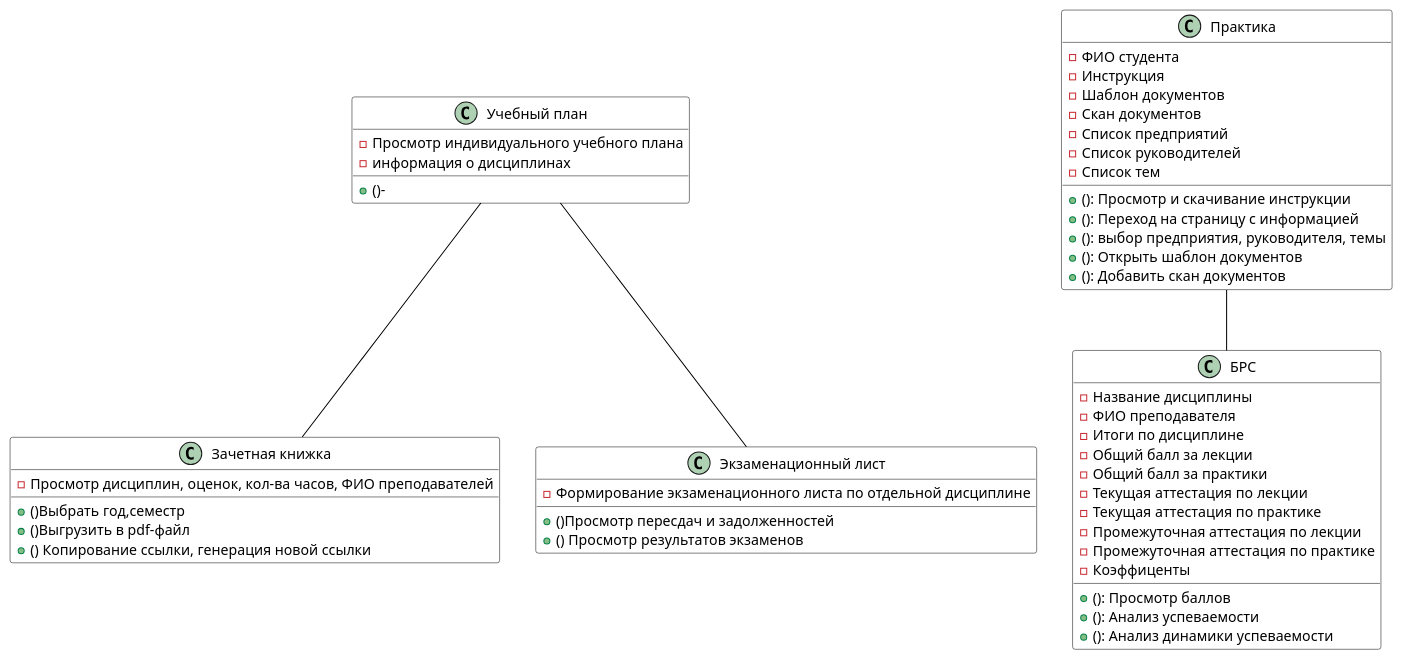
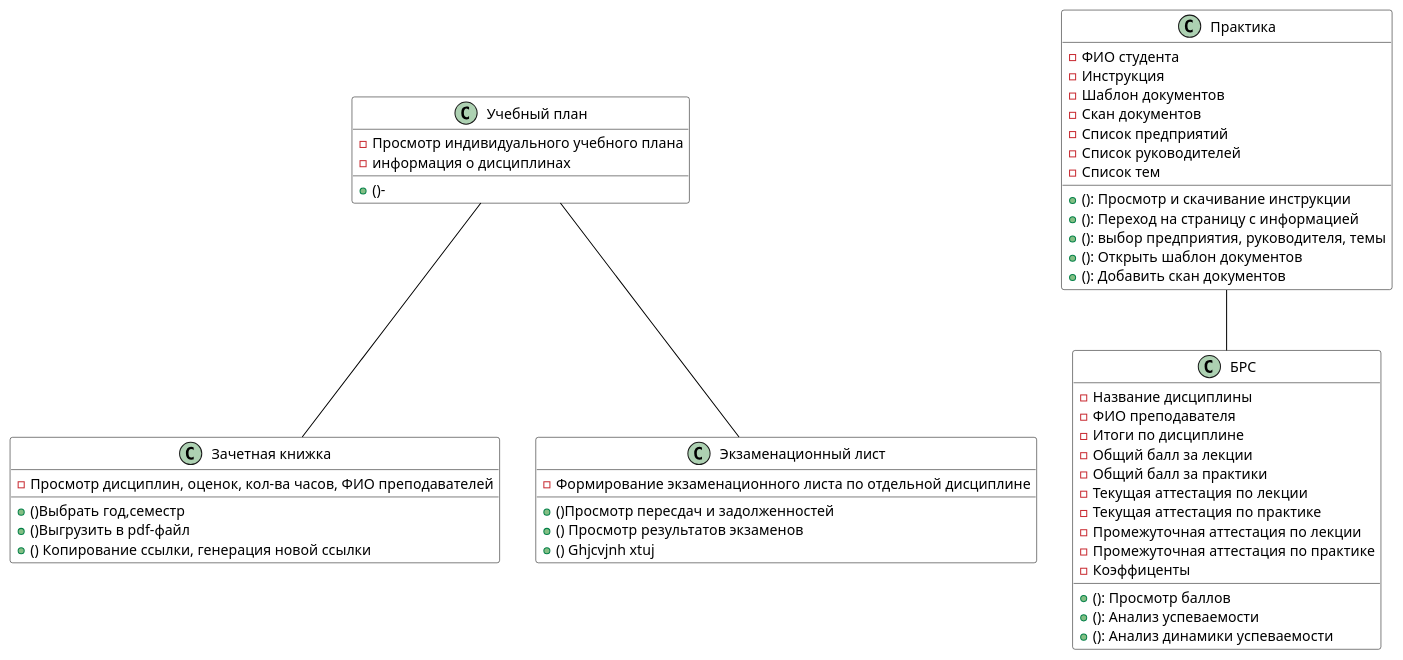
The diagram in test2.puml (AEKCOOL1905/first_repo), drawn with PlantUML before and after one commit.

Commit message:
Попытка1

```diff
--- a/test2.puml
+++ b/test2.puml
@@ -1,136 +1,137 @@
 @startuml
 
 ' Настройка стиля для прямоугольника
 skinparam class {
     BackgroundColor #FFF
     BorderColor #000
     ArrowColor #000
     FontName Arial
 }
 
 ' Класс с атрибутами и методами
 
 class "Учебный план" as учебныйплан {
   ' Атрибуты (поля класса)
   - Просмотр индивидуального учебного плана
   - информация о дисциплинах
  
 
  ' Методы (функции класса)
 
   + ()-
 
 }
 
 ' Можно добавить связь с другим классом (опционально)
 ' class AnotherClass
 ' MyClass --> AnotherClass : "использует"
 учебныйплан--Зачетнаякнижка
 
 
 
 ' Настройка стиля для прямоугольника
 skinparam class {
     BackgroundColor #FFF
     BorderColor #000
     ArrowColor #000
     FontName Arial
 }
 
 ' Класс с атрибутами и методами
 
 class "Зачетная книжка" as Зачетнаякнижка {
   ' Атрибуты (поля класса)
   - Просмотр дисциплин, оценок, кол-ва часов, ФИО преподавателей
 
   ' Методы (функции класса)
   +()Выбрать год,семестр
   +()Выгрузить в pdf-файл
   +() Копирование ссылки, генерация новой ссылки
 }
 
 ' Можно добавить связь с другим классом (опционально)
 ' class AnotherClass
 ' MyClass --> AnotherClass : "использует"
 ' Можно добавить связь с другим классом (опционально)
 ' class AnotherClass
 ' MyClass --> AnotherClass : "использует"
 учебныйплан--Экзаменационныйлист
 
 ' Настройка стиля для прямоугольника
 skinparam class {
     BackgroundColor #FFF
     BorderColor #000
     ArrowColor #000
     FontName Arial
 }
 
 ' Класс с атрибутами и методами
 class "Экзаменационный лист" as Экзаменационныйлист {
   ' Атрибуты (поля класса)
   -  Формирование экзаменационного листа по отдельной дисциплине
  
   ' Методы (функции класса)
   + ()Просмотр пересдач и задолженностей 
   + () Просмотр результатов экзаменов
+  + () Ghjcvjnh xtuj
 
 }
 
 ' Можно добавить связь с другим классом (опционально)
 ' class AnotherClass
 ' MyClass --> AnotherClass : "использует"g
 
 ' Класс с атрибутами и методами
 class "Практика" as Практика {
   ' Атрибуты (поля класса)
   - ФИО студента
   - Инструкция
   - Шаблон документов
   - Скан документов
   - Список предприятий
   - Список руководителей
   - Список тем
   ' Методы (функции класса)
   + (): Просмотр и скачивание инструкции
   + (): Переход на страницу с информацией
   + (): выбор предприятия, руководителя, темы
   + (): Открыть шаблон документов
   + (): Добавить скан документов
 }
 
 ' Можно добавить связь с другим классом (опционально)
 ' class AnotherClass
 ' MyClass --> AnotherClass : "использует"
 Практика--БРС
 
 ' Настройка стиля для прямоугольника
 skinparam class {
     BackgroundColor #FFF
     BorderColor #000
     ArrowColor #000
     FontName Arial
 }
 
 ' Класс с атрибутами и методами
 class "БРС" as БРС {
   ' Атрибуты (поля класса)
   - Название дисциплины
   - ФИО преподавателя
   - Итоги по дисциплине
   - Общий балл за лекции
   - Общий балл за практики
   - Текущая аттестация по лекции
   - Текущая аттестация по практике
   - Промежуточная аттестация по лекции
   - Промежуточная аттестация по практике
   - Коэффиценты
   ' Методы (функции класса)
   + (): Просмотр баллов
   + (): Анализ успеваемости
   + (): Анализ динамики успеваемости
 }
 ' Можно добавить связь с другим классом (опционально)
 ' class AnotherClass
 ' MyClass --> AnotherClass : "использует"
 
 @enduml
```
